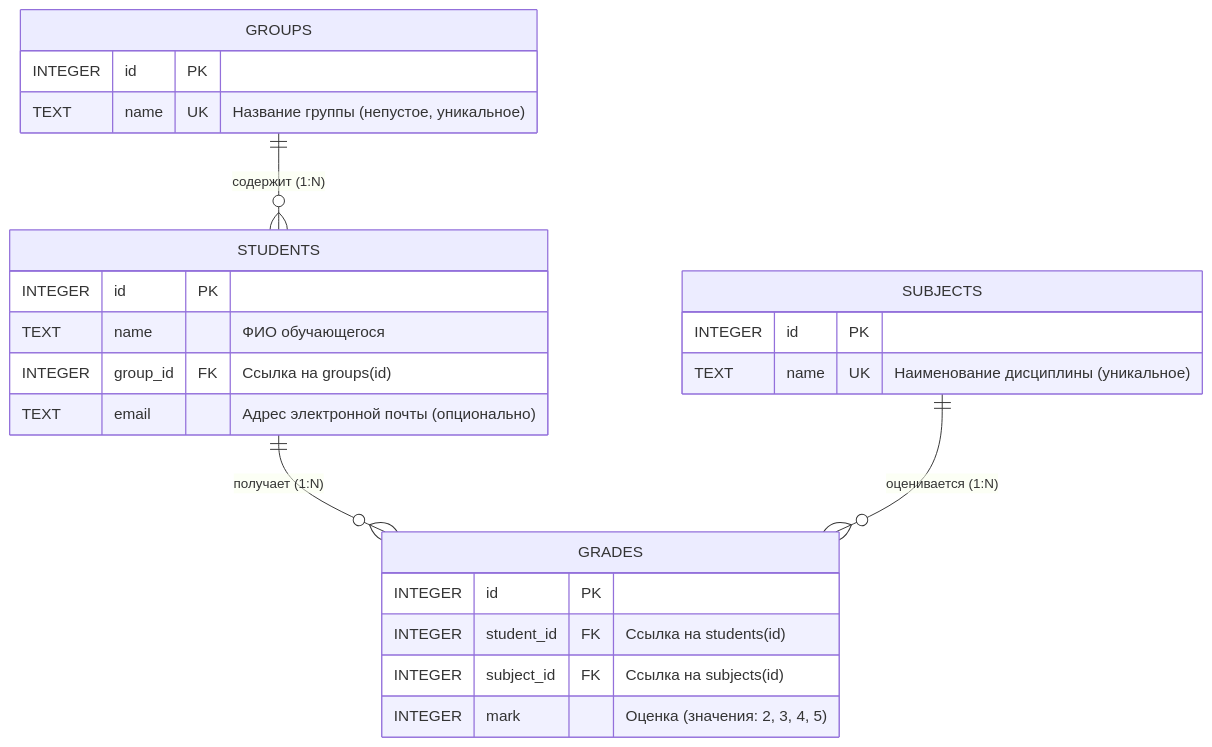
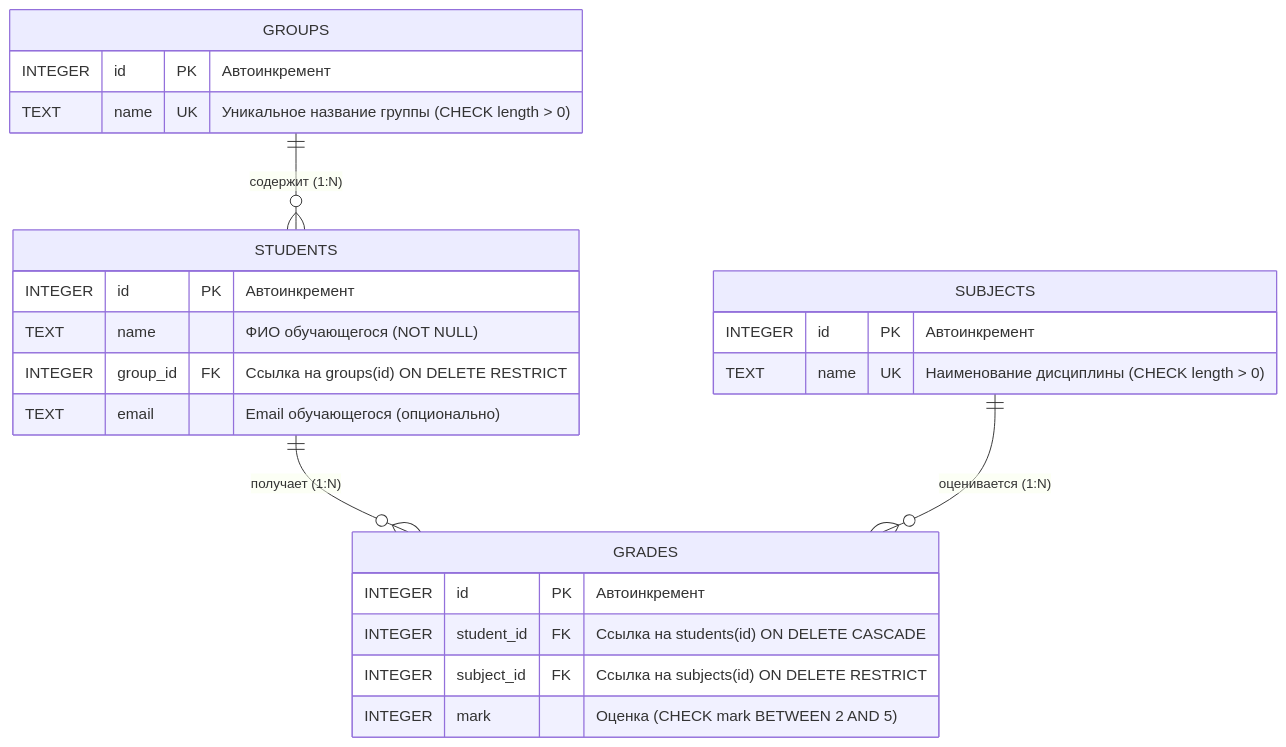
One commit to NikitaLozinsky/journal--- changed the third of 4 diagrams in README.md. Above: the diagram before and after it, drawn with Mermaid. The commit also changed other lines of this file and 6 other files, not shown here.

Commit message:
docs: enrich README.md with v2.0.0 features, screens gallery & Mermaid architecture diagrams

````diff
--- a/README.md
+++ b/README.md
@@ -146,30 +161,30 @@
 ```mermaid
 erDiagram
     GROUPS ||--o{ STUDENTS : "содержит (1:N)"
     STUDENTS ||--o{ GRADES : "получает (1:N)"
     SUBJECTS ||--o{ GRADES : "оценивается (1:N)"
 
     GROUPS {
-        INTEGER id PK
-        TEXT name UK "Название группы (непустое, уникальное)"
+        INTEGER id PK "Автоинкремент"
+        TEXT name UK "Уникальное название группы (CHECK length > 0)"
     }
 
     STUDENTS {
-        INTEGER id PK
-        TEXT name "ФИО обучающегося"
-        INTEGER group_id FK "Ссылка на groups(id)"
-        TEXT email "Адрес электронной почты (опционально)"
+        INTEGER id PK "Автоинкремент"
+        TEXT name "ФИО обучающегося (NOT NULL)"
+        INTEGER group_id FK "Ссылка на groups(id) ON DELETE RESTRICT"
+        TEXT email "Email обучающегося (опционально)"
     }
 
     SUBJECTS {
-        INTEGER id PK
-        TEXT name UK "Наименование дисциплины (уникальное)"
+        INTEGER id PK "Автоинкремент"
+        TEXT name UK "Наименование дисциплины (CHECK length > 0)"
     }
 
     GRADES {
-        INTEGER id PK
-        INTEGER student_id FK "Ссылка на students(id)"
-        INTEGER subject_id FK "Ссылка на subjects(id)"
-        INTEGER mark "Оценка (значения: 2, 3, 4, 5)"
+        INTEGER id PK "Автоинкремент"
+        INTEGER student_id FK "Ссылка на students(id) ON DELETE CASCADE"
+        INTEGER subject_id FK "Ссылка на subjects(id) ON DELETE RESTRICT"
+        INTEGER mark "Оценка (CHECK mark BETWEEN 2 AND 5)"
     }
 ```
````
